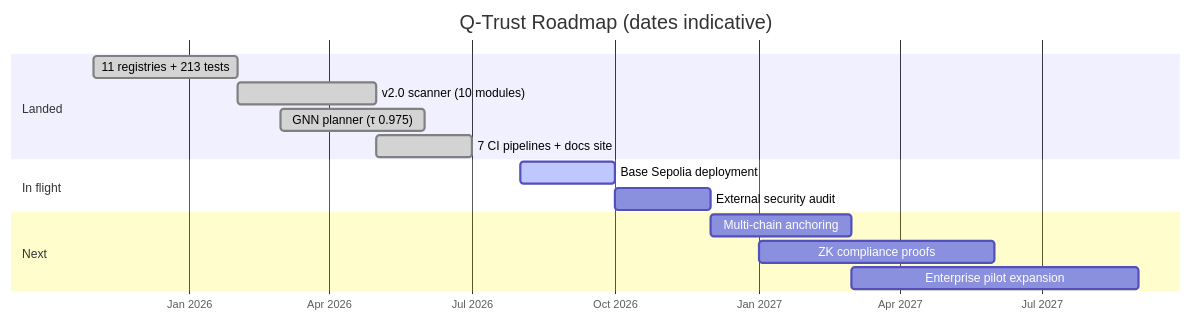
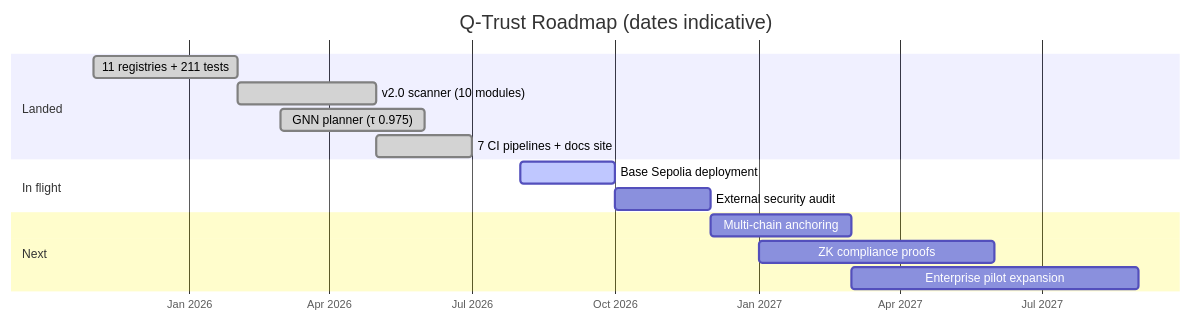
The fourth of 4 diagrams in README.md (humoge7502/q-trust), drawn with Mermaid before and after one commit. The commit also changed other lines of this file and 29 other files, not shown here.

````diff
--- a/README.md
+++ b/README.md
@@ -603,21 +603,21 @@
 ```mermaid
 gantt
     title Q-Trust Roadmap (dates indicative)
     dateFormat YYYY-MM
     axisFormat %b %Y
 
     section Landed
-    11 registries + 213 tests        :done, 2025-11, 2026-02
+    11 registries + 211 tests        :done, 2025-11, 2026-02
     v2.0 scanner (10 modules)        :done, 2026-02, 2026-05
     GNN planner (τ 0.975)            :done, 2026-03, 2026-06
     7 CI pipelines + docs site       :done, 2026-05, 2026-07
 
     section In flight
     Base Sepolia deployment          :active, 2026-08, 2026-10
     External security audit          :2026-10, 2026-12
 
     section Next
     Multi-chain anchoring            :2026-12, 2027-03
     ZK compliance proofs             :2027-01, 2027-06
     Enterprise pilot expansion       :2027-03, 2027-09
 ```
````
